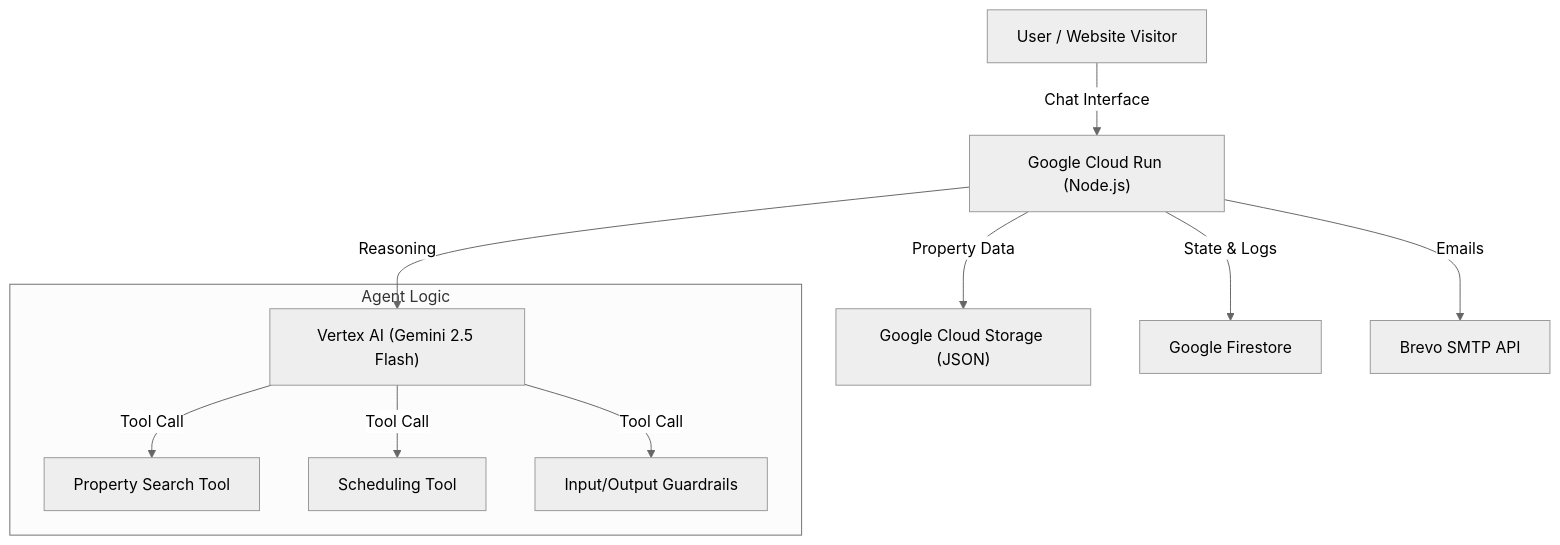
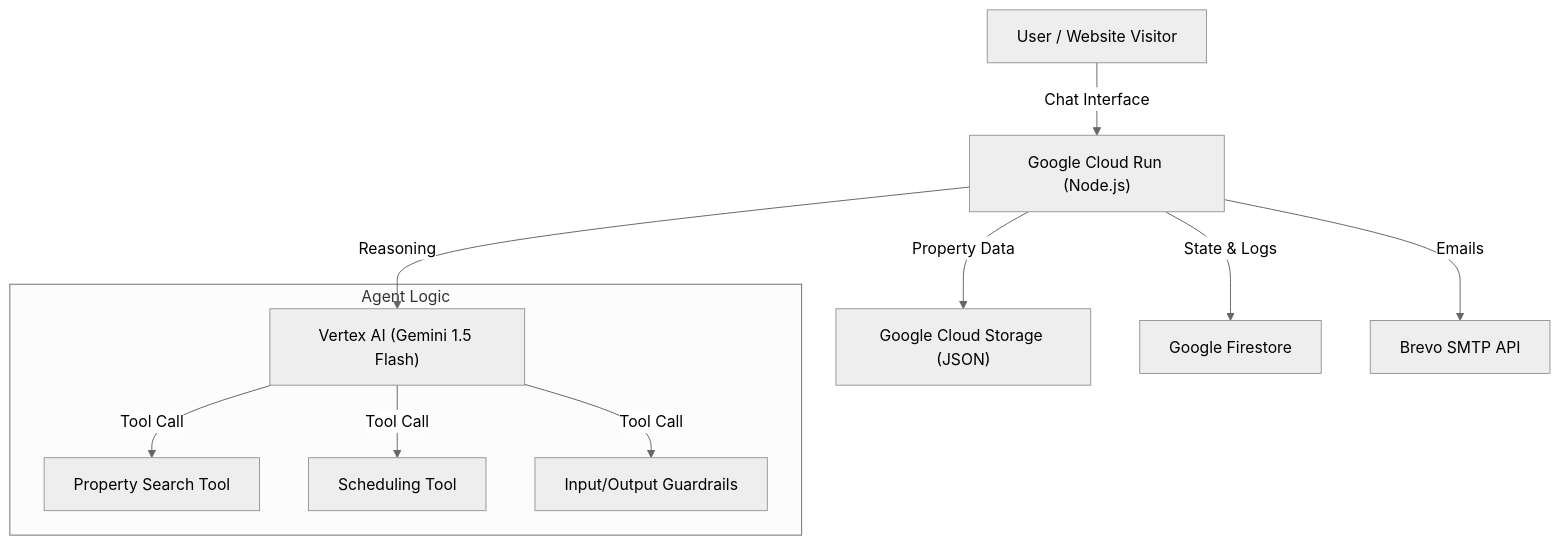
Before and after one commit to mryohan/ai-agent-prop: the diagram in README.md, drawn with Mermaid (neutral theme). The commit also changed other lines of this file, not shown here.

Commit message:
Update README with correct Gemini 1.5 Flash model info

````diff
--- a/README.md
+++ b/README.md
@@ -65,14 +65,14 @@
 ```mermaid
 graph TD
     User["User / Website Visitor"] -->|Chat Interface| CloudRun["Google Cloud Run (Node.js)"]
-    CloudRun -->|Reasoning| Gemini["Vertex AI (Gemini 2.5 Flash)"]
+    CloudRun -->|Reasoning| Gemini["Vertex AI (Gemini 1.5 Flash)"]
     CloudRun -->|Property Data| GCS["Google Cloud Storage (JSON)"]
     CloudRun -->|State & Logs| Firestore["Google Firestore"]
     CloudRun -->|Emails| Brevo["Brevo SMTP API"]
     
     subgraph "Agent Logic"
         Gemini -->|Tool Call| Search["Property Search Tool"]
         Gemini -->|Tool Call| Schedule["Scheduling Tool"]
         Gemini -->|Tool Call| Security["Input/Output Guardrails"]
     end
 ```
````
